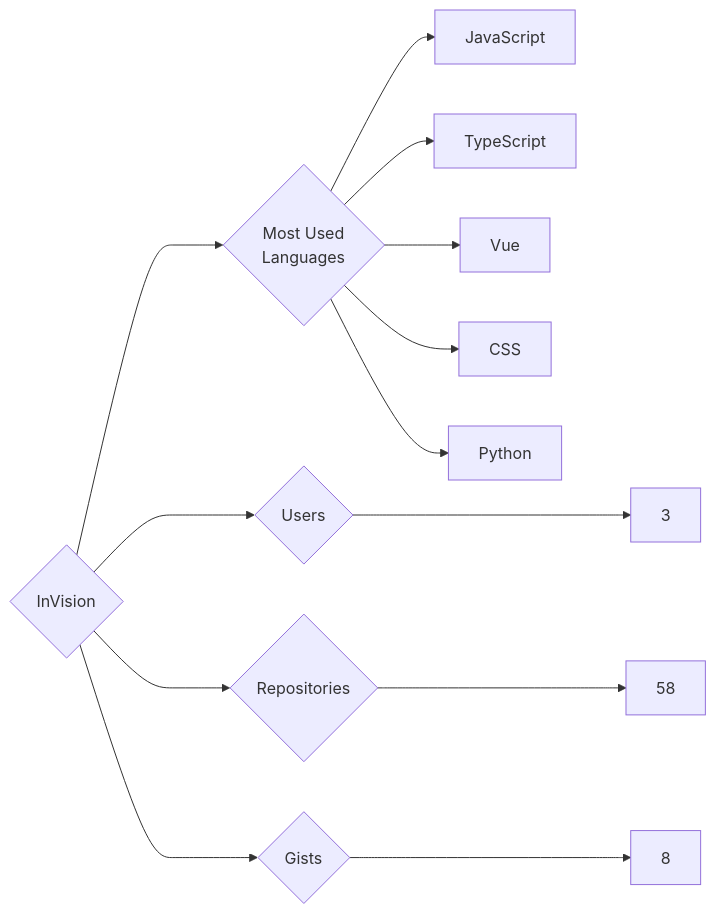
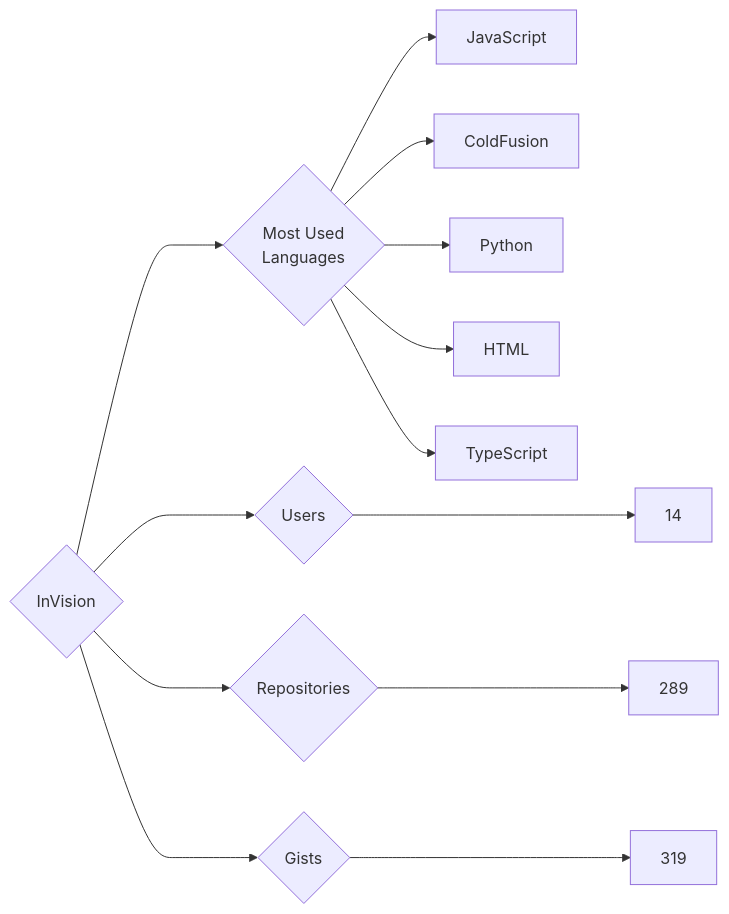
Before and after one commit to trickest/insiders: the diagram in targets/InVision/README.md, drawn with Mermaid. The commit also changed 882 other files, not shown here.

````diff
--- a/targets/InVision/README.md
+++ b/targets/InVision/README.md
@@ -3,13 +3,13 @@
 ```mermaid
 graph LR
 COMPANY_NAME{InVision}
-COMPANY_NAME ---> U{Users} ---> UN[3]
-COMPANY_NAME ---> R{Repositories} ---> RN[58]
-COMPANY_NAME ---> G{Gists} ---> GN[8]
+COMPANY_NAME ---> U{Users} ---> UN[14]
+COMPANY_NAME ---> R{Repositories} ---> RN[289]
+COMPANY_NAME ---> G{Gists} ---> GN[319]
 COMPANY_NAME ---> ML{Most Used<br>Languages}
 ML --> JavaScript[JavaScript]
+ML --> ColdFusion[ColdFusion]
+ML --> Python[Python]
+ML --> HTML[HTML]
 ML --> TypeScript[TypeScript]
-ML --> Vue[Vue]
-ML --> CSS[CSS]
-ML --> Python[Python]
 ```
````
